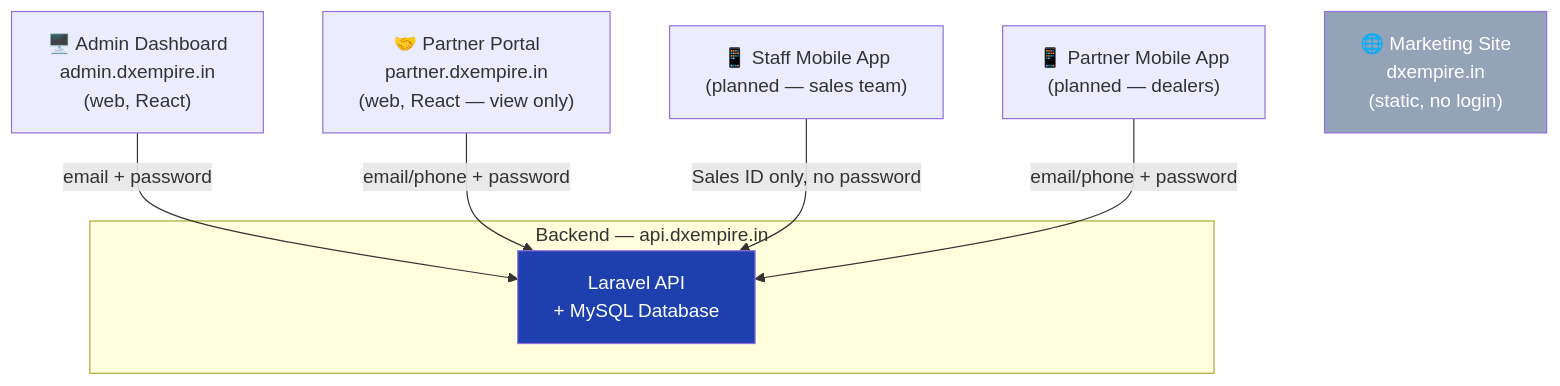
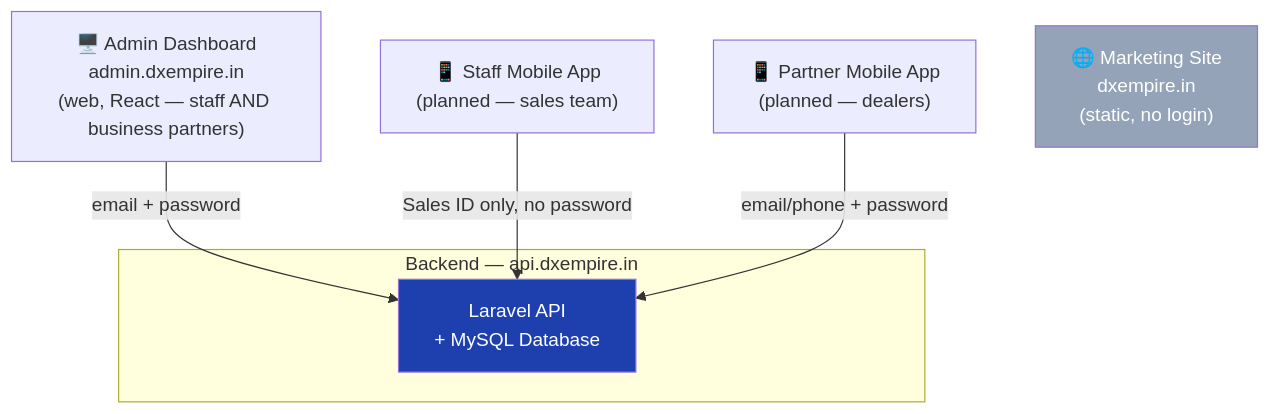
One commit to thimothi306/dxempire changed the second of 5 diagrams in SYSTEM_DOCUMENTATION.md. Above: the diagram before and after it, drawn with Mermaid. The commit also changed other lines of this file and 1 other file, not shown here.

First line of the commit message:
Phase 3: retire partner.dxempire.in, redirect to admin.dxempire.in/login

````diff
--- a/SYSTEM_DOCUMENTATION.md
+++ b/SYSTEM_DOCUMENTATION.md
@@ -49,15 +49,14 @@
 ```mermaid
 graph TB
     subgraph "Backend — api.dxempire.in"
         API[Laravel API<br/>+ MySQL Database]
     end
 
-    ADMIN["🖥️ Admin Dashboard<br/>admin.dxempire.in<br/>(web, React)"] -->|email + password| API
-    PARTNERWEB["🤝 Partner Portal<br/>partner.dxempire.in<br/>(web, React — view only)"] -->|email/phone + password| API
+    ADMIN["🖥️ Admin Dashboard<br/>admin.dxempire.in<br/>(web, React — staff AND business partners)"] -->|email + password| API
     STAFFAPP["📱 Staff Mobile App<br/>(planned — sales team)"] -->|Sales ID only, no password| API
     PARTNERAPP["📱 Partner Mobile App<br/>(planned — dealers)"] -->|email/phone + password| API
     MARKETING["🌐 Marketing Site<br/>dxempire.in<br/>(static, no login)"]
 
     style API fill:#1e40af,color:#fff
     style MARKETING fill:#94a3b8,color:#fff
 ```
````
